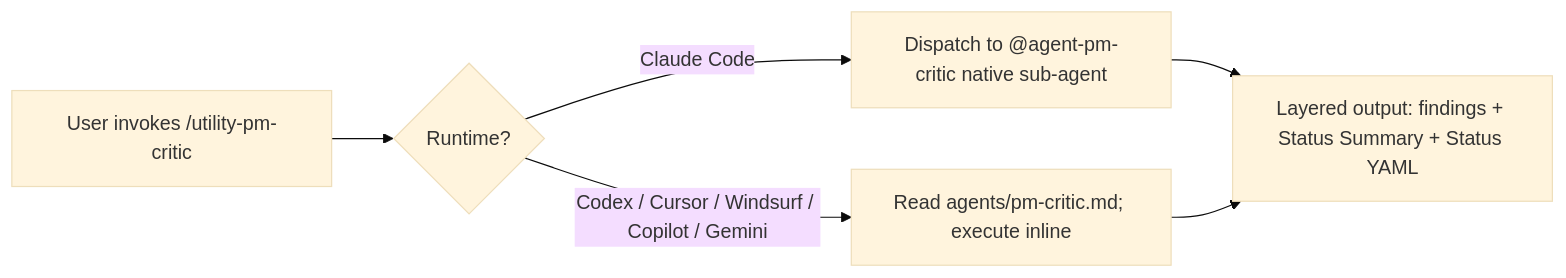
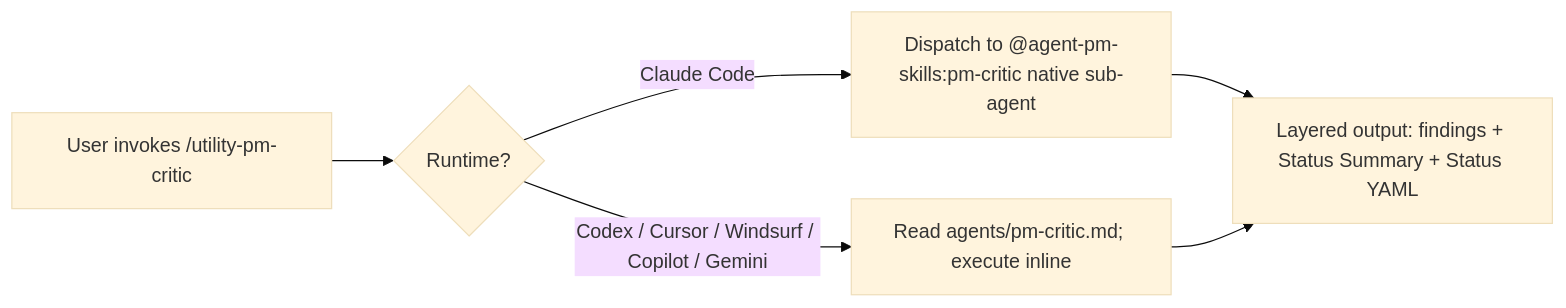
The second of 2 diagrams in docs/concepts/sub-agents.md (product-on-purpose/pm-skills), drawn with Mermaid (base theme) before and after one commit. The commit also changed other lines of this file and 21 other files, not shown here.

````diff
--- a/docs/concepts/sub-agents.md
+++ b/docs/concepts/sub-agents.md
@@ -89,8 +89,8 @@
 ```mermaid
 flowchart LR
     A[User invokes /utility-pm-critic] --> B{Runtime?}
-    B -->|Claude Code| C[Dispatch to @agent-pm-critic native sub-agent]
+    B -->|Claude Code| C[Dispatch to @agent-pm-skills:pm-critic native sub-agent]
     B -->|Codex / Cursor / Windsurf / Copilot / Gemini| D[Read agents/pm-critic.md; execute inline]
     C --> E[Layered output: findings + Status Summary + Status YAML]
     D --> E
 ```
````
